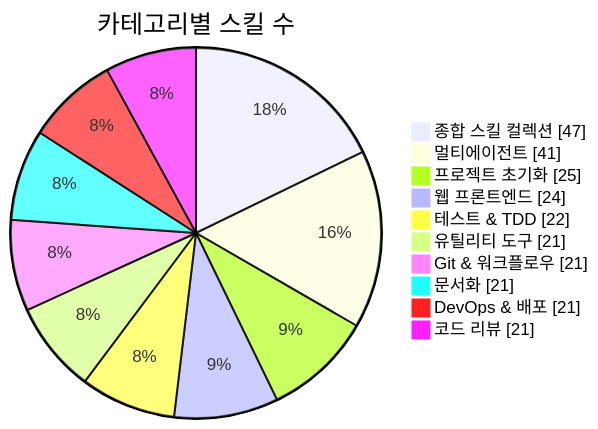
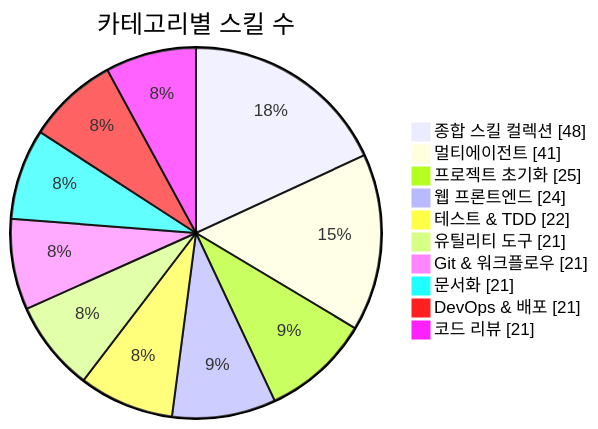
The first of 3 diagrams in README.md (J-nowcow/awesome-korean-agent-skills), drawn with Mermaid before and after one commit. The commit also changed other lines of this file and 3 other files, not shown here.

````diff
--- a/README.md
+++ b/README.md
@@ -176,14 +176,14 @@
 ```mermaid
 pie showData
     title 카테고리별 스킬 수
-    "종합 스킬 컬렉션" : 47
+    "종합 스킬 컬렉션" : 48
     "멀티에이전트" : 41
     "프로젝트 초기화" : 25
     "웹 프론트엔드" : 24
     "테스트 & TDD" : 22
     "유틸리티 도구" : 21
     "Git & 워크플로우" : 21
     "문서화" : 21
     "DevOps & 배포" : 21
     "코드 리뷰" : 21
 ```
````
